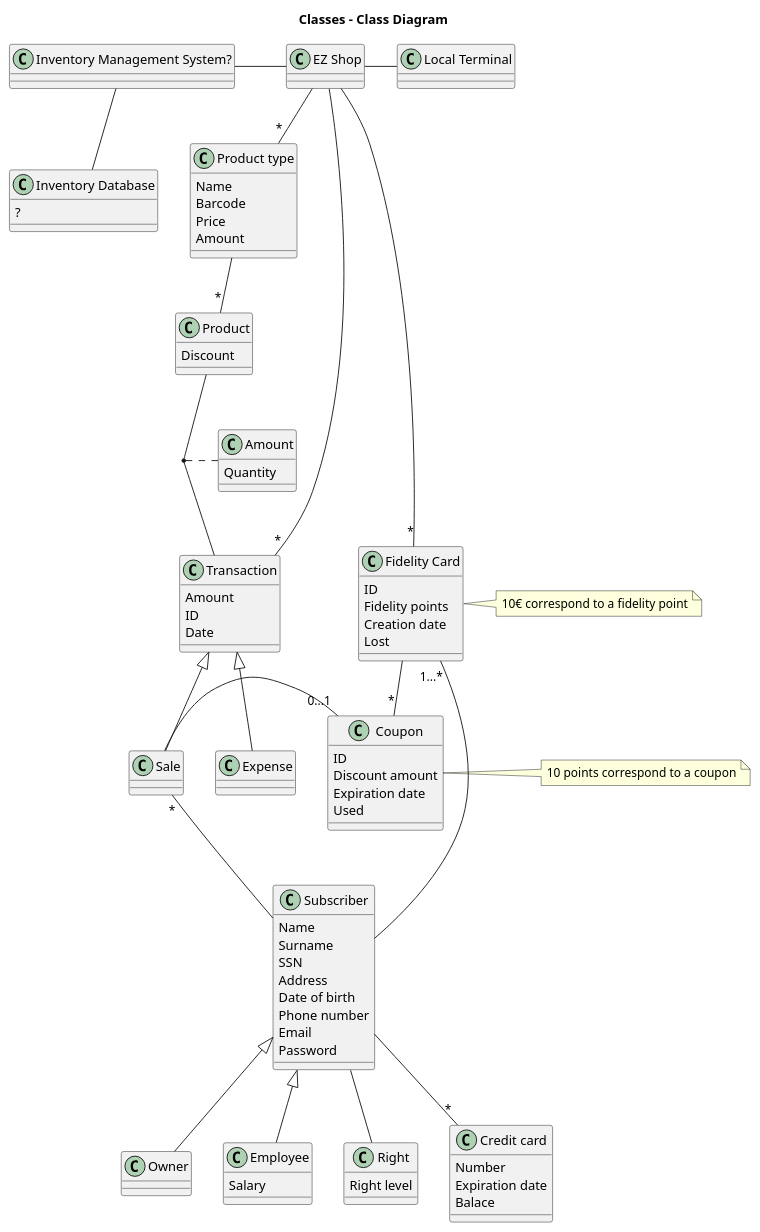
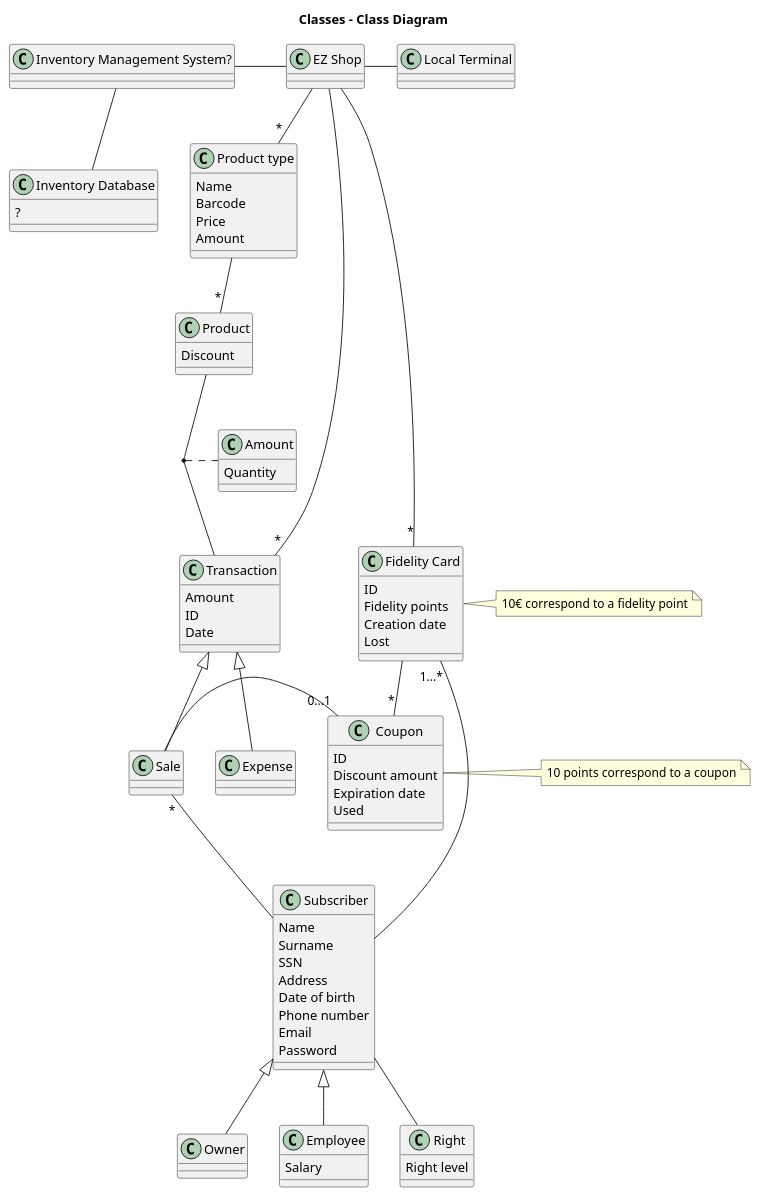
The second of 2 diagrams in Deliverables/RequirementsDocument.md (nicolabattaglino/ezshop), drawn with PlantUML before and after one commit. The commit also changed other lines of this file, not shown here.

Commit message:
Update RequirementsDocument.md update contex diagram and glossary

```diff
--- a/Deliverables/RequirementsDocument.md
+++ b/Deliverables/RequirementsDocument.md
@@ -236,11 +236,7 @@
 
 class "Sale" as sale{
 }
-class "Credit card" as creditCard{
-Number 
-Expiration date
-Balace
-}
+
 class "Amount" as amount{
 Quantity
 }
@@ -265,7 +261,7 @@
 IMS -- Idb
 EZShop -- "*"PT
 PT -- "*"product
-subscriber --"*" creditCard
+
 EZShop -- "*"transaction
 
 transaction <|-- sale
```
